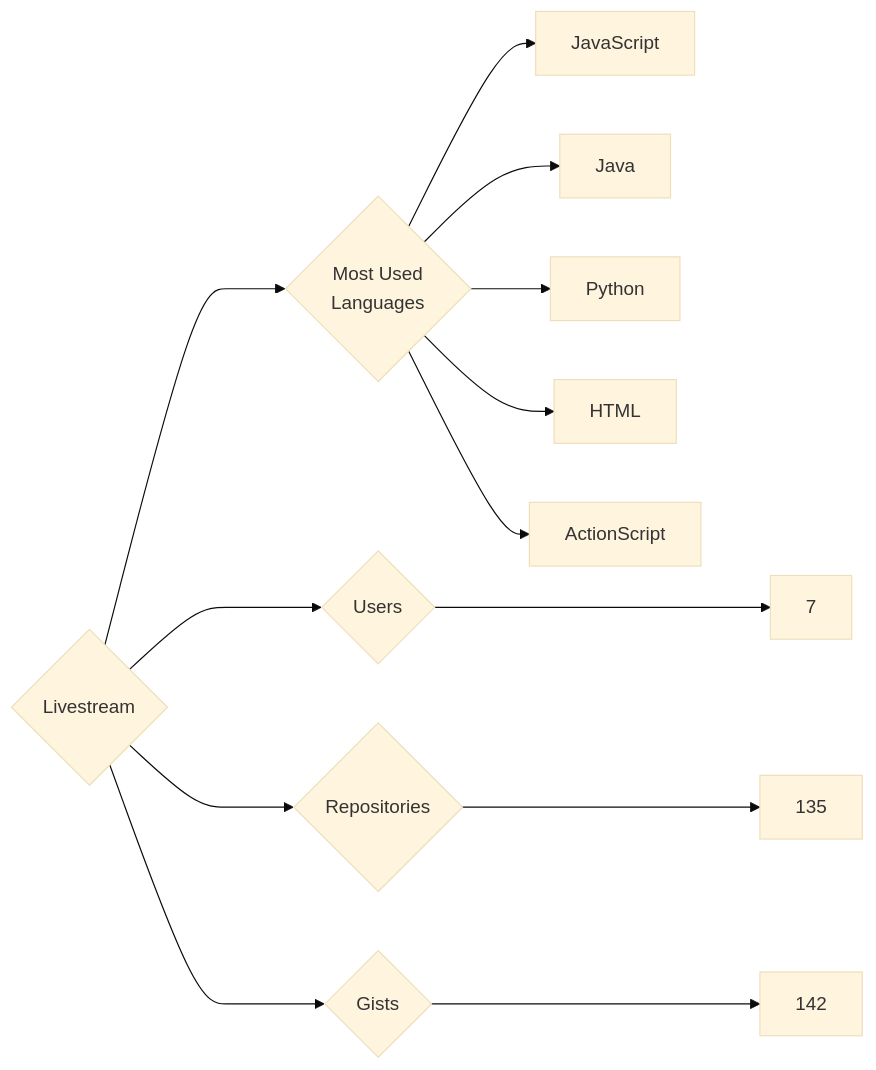
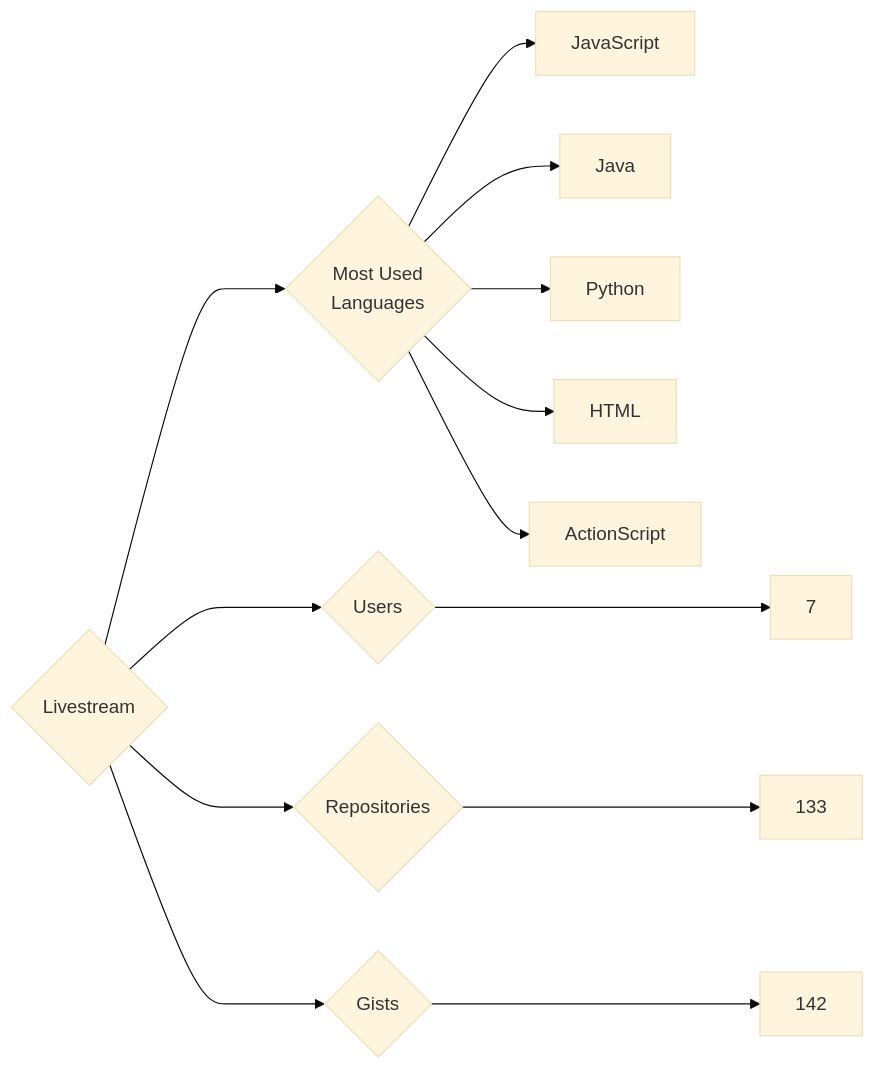
One commit to trickest/insiders changed the diagram in targets/Livestream/README.md. Above: the diagram before and after it, drawn with Mermaid (base theme). The commit also changed 900 other files, not shown here.

````diff
--- a/targets/Livestream/README.md
+++ b/targets/Livestream/README.md
@@ -3,13 +3,13 @@
 ```mermaid
 graph LR
 COMPANY_NAME{Livestream}
 COMPANY_NAME ---> U{Users} ---> UN[7]
-COMPANY_NAME ---> R{Repositories} ---> RN[135]
+COMPANY_NAME ---> R{Repositories} ---> RN[133]
 COMPANY_NAME ---> G{Gists} ---> GN[142]
 COMPANY_NAME ---> ML{Most Used<br>Languages}
 ML --> JavaScript[JavaScript]
 ML --> Java[Java]
 ML --> Python[Python]
 ML --> HTML[HTML]
 ML --> ActionScript[ActionScript]
 ```
````
